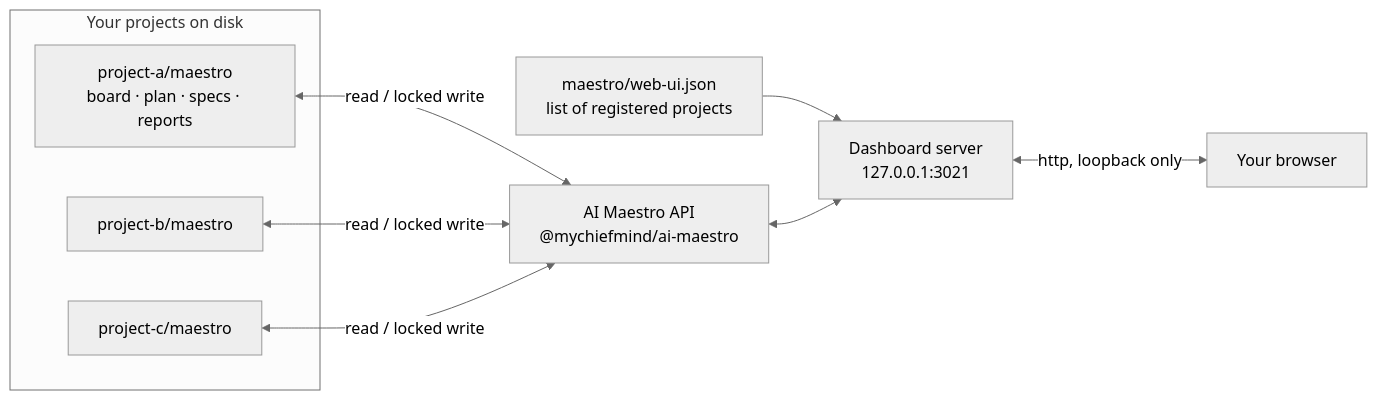
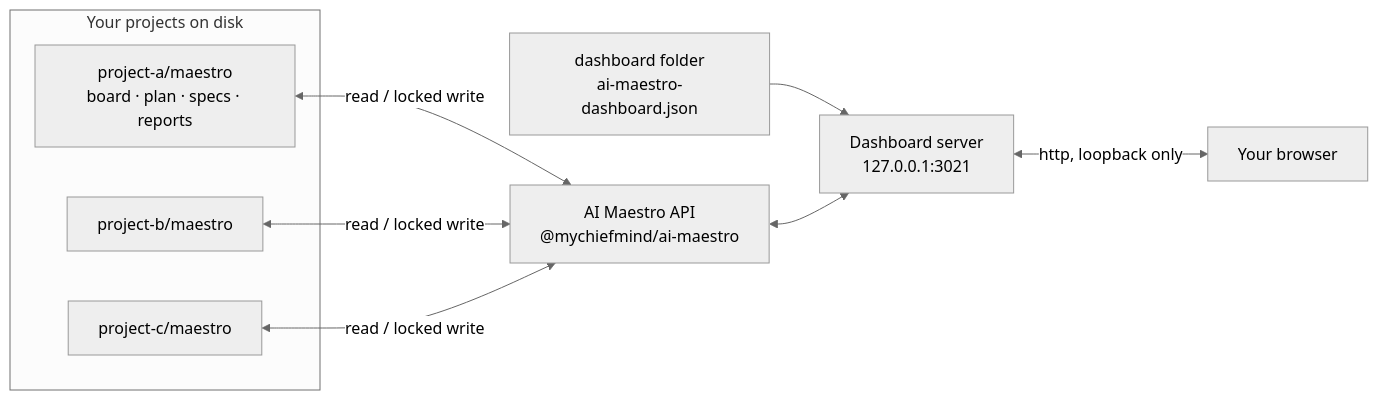
One commit to my-chiefmind/ai-maestro-web-ui changed the diagram in README.md. Above: the diagram before and after it, drawn with Mermaid (neutral theme). The commit also changed other lines of this file and 18 other files, not shown here.

````diff
--- a/README.md
+++ b/README.md
@@ -26,16 +26,16 @@
 ```mermaid
 flowchart LR
   subgraph Projects["Your projects on disk"]
     A["project-a/maestro<br/>board · plan · specs · reports"]
     B["project-b/maestro"]
     C["project-c/maestro"]
   end
-  R["maestro/web-ui.json<br/>list of registered projects"]
+  R["dashboard folder<br/>ai-maestro-dashboard.json"]
   M["AI Maestro API<br/>@mychiefmind/ai-maestro"]
   S["Dashboard server<br/>127.0.0.1:3021"]
   U["Your browser"]
   R --> S
   A & B & C <-->|"read / locked write"| M
   M <--> S
   S <-->|"http, loopback only"| U
 ```
````
